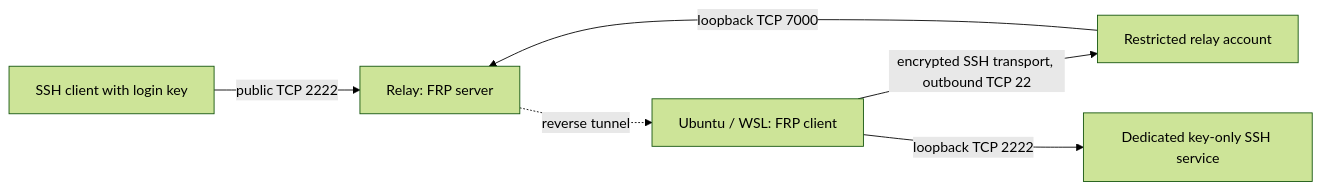
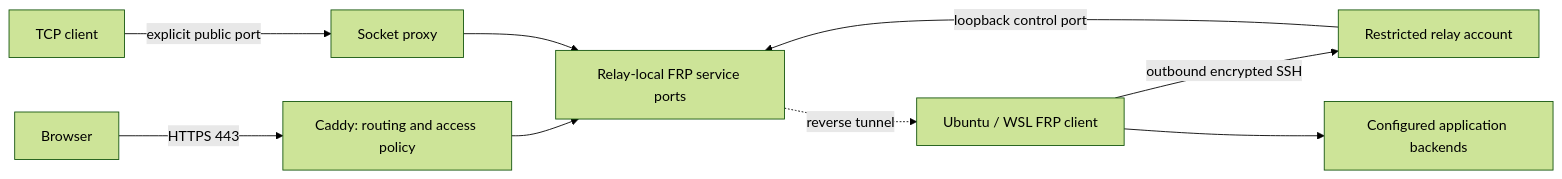
One commit to 0xprincess/rbridge changed the diagram in README.md. Above: the diagram before and after it, drawn with Mermaid (forest theme). The commit also changed other lines of this file and 11 other files, not shown here.

````diff
--- a/README.md
+++ b/README.md
@@ -12,8 +17,11 @@
 ```mermaid
 flowchart LR
-    visitor[SSH client with login key] -->|public TCP 2222| server[Relay: FRP server]
-    client[Ubuntu / WSL: FRP client] -->|encrypted SSH transport, outbound TCP 22| relay[Restricted relay account]
-    relay -->|loopback TCP 7000| server
-    server -. reverse tunnel .-> client
-    client -->|loopback TCP 2222| ssh[Dedicated key-only SSH service]
+    browser[Browser] -->|HTTPS 443| web[Caddy: routing and access policy]
+    visitor[TCP client] -->|explicit public port| socket[Socket proxy]
+    web --> loopback[Relay-local FRP service ports]
+    socket --> loopback
+    client[Ubuntu / WSL FRP client] -->|outbound encrypted SSH| relay[Restricted relay account]
+    relay -->|loopback control port| loopback
+    loopback -. reverse tunnel .-> client
+    client --> backend[Configured application backends]
 ```
````
